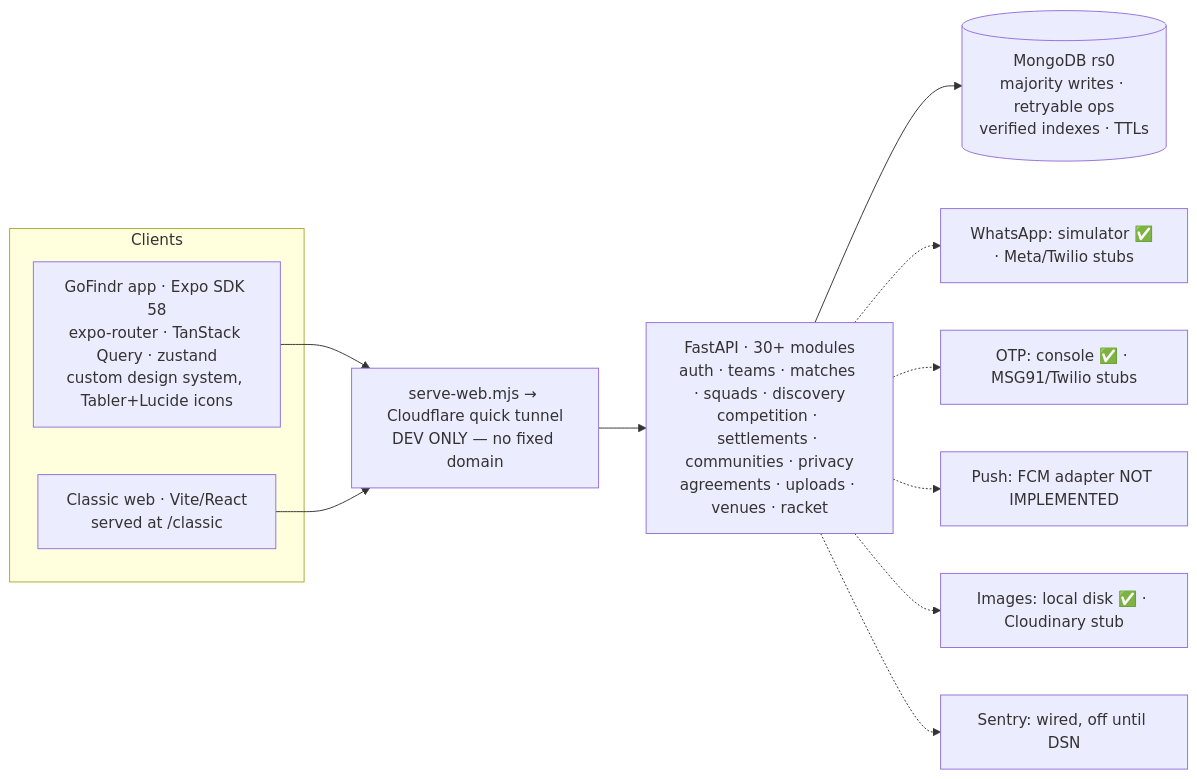
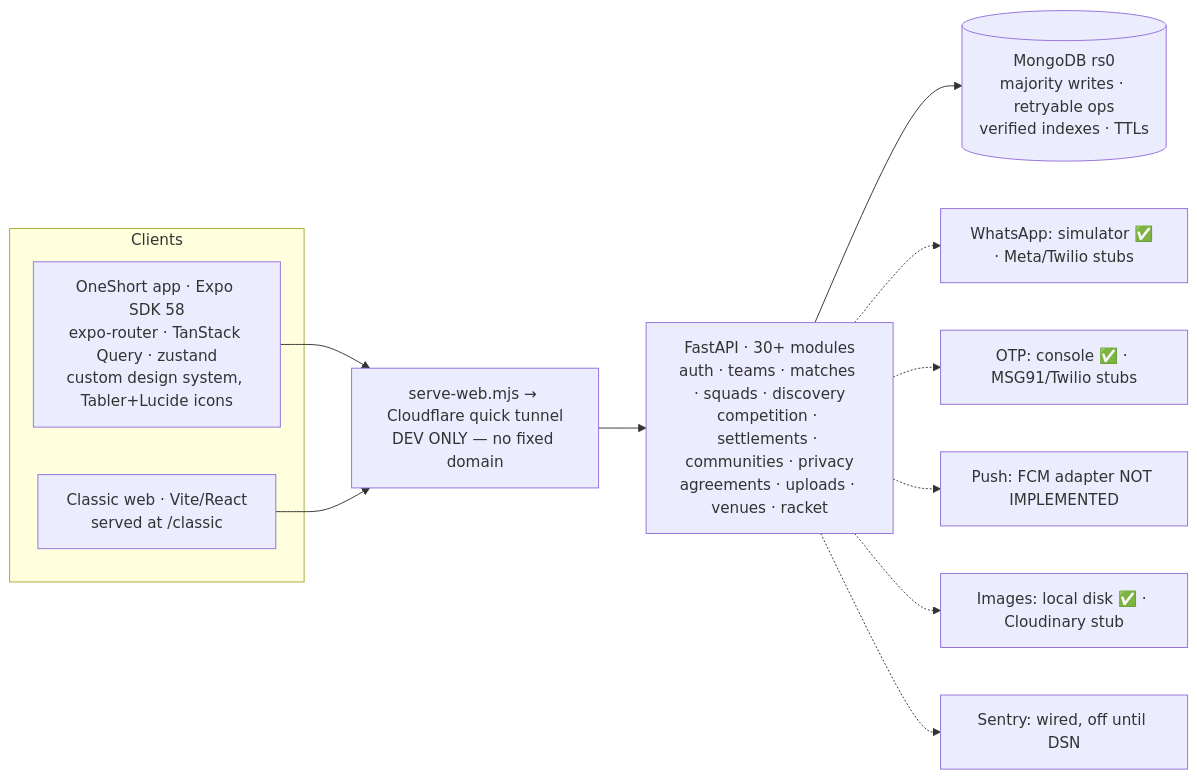
One commit to Cricketmarvels/oneshort changed the diagram in docs/PHASE0_BASELINE.md. Above: the diagram before and after it, drawn with Mermaid. The commit also changed other lines of this file and 162 other files, not shown here.

First line of the commit message:
Rebrand GoFindr to OneShort with the eleventh-dot identity

````diff
--- a/docs/PHASE0_BASELINE.md
+++ b/docs/PHASE0_BASELINE.md
@@ -8,15 +8,15 @@
 ```mermaid
 flowchart LR
   subgraph Clients
-    M[GoFindr app · Expo SDK 58<br/>expo-router · TanStack Query · zustand<br/>custom design system, Tabler+Lucide icons]
+    M[OneShort app · Expo SDK 58<br/>expo-router · TanStack Query · zustand<br/>custom design system, Tabler+Lucide icons]
     W[Classic web · Vite/React<br/>served at /classic]
   end
   M & W --> G[serve-web.mjs → Cloudflare quick tunnel<br/>DEV ONLY — no fixed domain]
   G --> API[FastAPI · 30+ modules<br/>auth · teams · matches · squads · discovery<br/>competition · settlements · communities · privacy<br/>agreements · uploads · venues · racket]
   API --> DB[(MongoDB rs0<br/>majority writes · retryable ops<br/>verified indexes · TTLs)]
   API -.-> WA[WhatsApp: simulator ✅ · Meta/Twilio stubs]
   API -.-> SMS[OTP: console ✅ · MSG91/Twilio stubs]
   API -.-> PUSH[Push: FCM adapter NOT IMPLEMENTED]
   API -.-> ST[Images: local disk ✅ · Cloudinary stub]
   API -.-> SEN[Sentry: wired, off until DSN]
 ```
````
